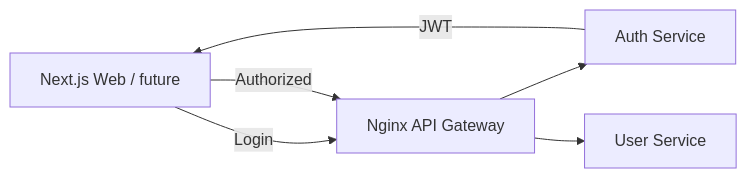
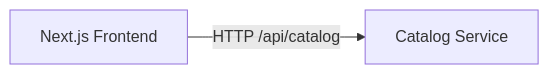
The diagram in docs/weeks/week-03/README.md (yesoreyeram/petty-kadai), drawn with Mermaid before and after one commit. The commit also changed other lines of this file and 18 other files, not shown here.

````diff
--- a/docs/weeks/week-03/README.md
+++ b/docs/weeks/week-03/README.md
@@ -42,9 +42,6 @@
 ```mermaid
 flowchart LR
-  UI[Next.js Web / future]
-  GW[Nginx API Gateway]
-  AUTH[Auth Service]
-  USER[User Service]
-  UI -->|Login| GW --> AUTH -->|JWT| UI
-  UI -->|Authorized| GW --> USER
+  UI[Next.js Frontend]
+  CATALOG[Catalog Service]
+  UI -->|HTTP /api/catalog| CATALOG
 ```
````
